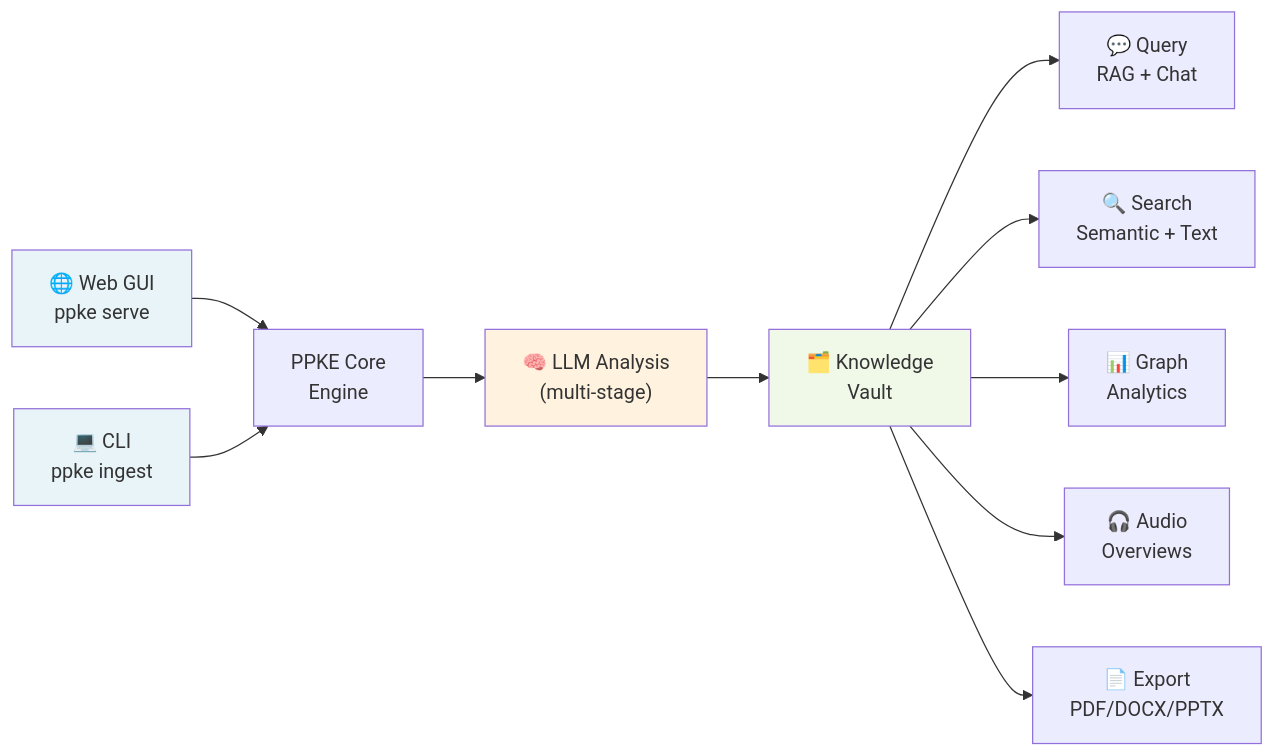
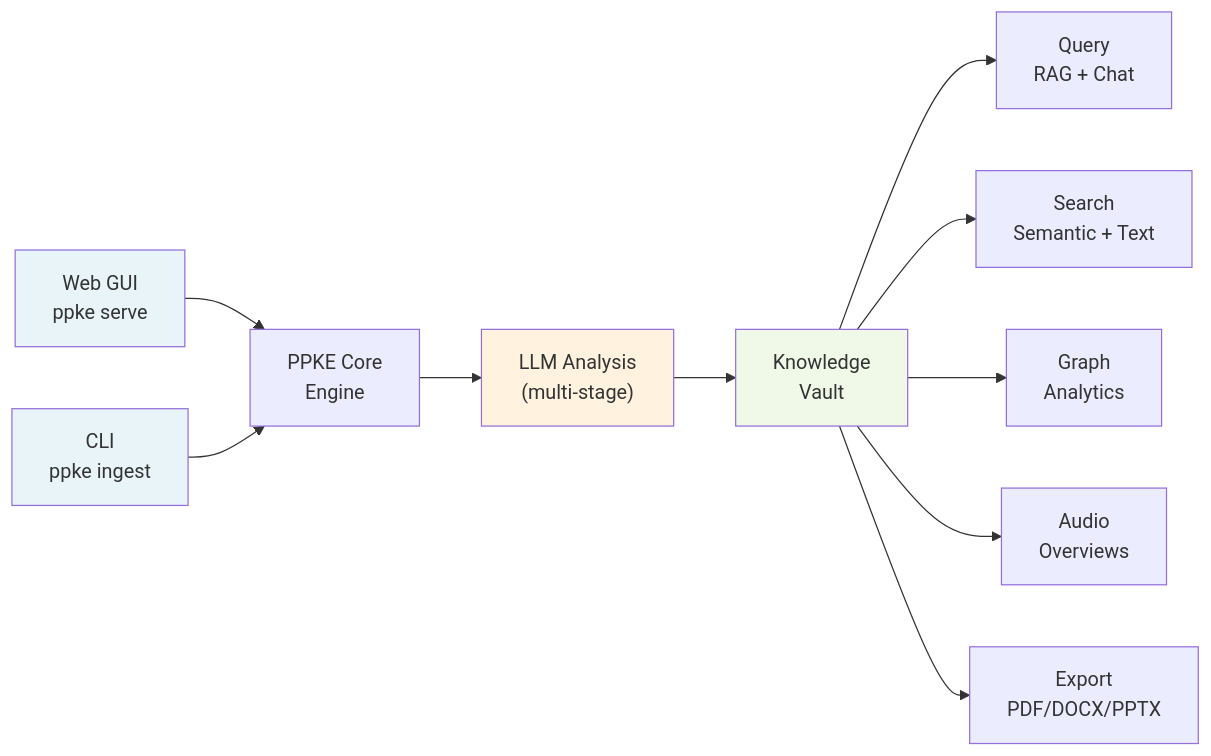
One commit to abxba0/ppke changed the first of 4 diagrams in README.md. Above: the diagram before and after it, drawn with Mermaid. The commit also changed other lines of this file and 31 other files, not shown here.

````diff
--- a/README.md
+++ b/README.md
@@ -281,17 +281,17 @@
 ```mermaid
 flowchart LR
-    A["🌐 Web GUI\nppke serve"] --> B["PPKE Core\nEngine"]
-    A2["💻 CLI\nppke ingest"] --> B
-    B --> C["🧠 LLM Analysis\n(multi-stage)"]
-    C --> D["🗂️ Knowledge\nVault"]
-    D --> E["💬 Query\nRAG + Chat"]
-    D --> F["🔍 Search\nSemantic + Text"]
-    D --> G["📊 Graph\nAnalytics"]
-    D --> H["🎧 Audio\nOverviews"]
-    D --> I["📄 Export\nPDF/DOCX/PPTX"]
+    A["Web GUI\nppke serve"] --> B["PPKE Core\nEngine"]
+    A2["CLI\nppke ingest"] --> B
+    B --> C["LLM Analysis\n(multi-stage)"]
+    C --> D["Knowledge\nVault"]
+    D --> E["Query\nRAG + Chat"]
+    D --> F["Search\nSemantic + Text"]
+    D --> G["Graph\nAnalytics"]
+    D --> H["Audio\nOverviews"]
+    D --> I["Export\nPDF/DOCX/PPTX"]
 
     style A fill:#e8f4f8
     style A2 fill:#e8f4f8
     style D fill:#f0f8e8
     style C fill:#fff3e0
 ```
````
